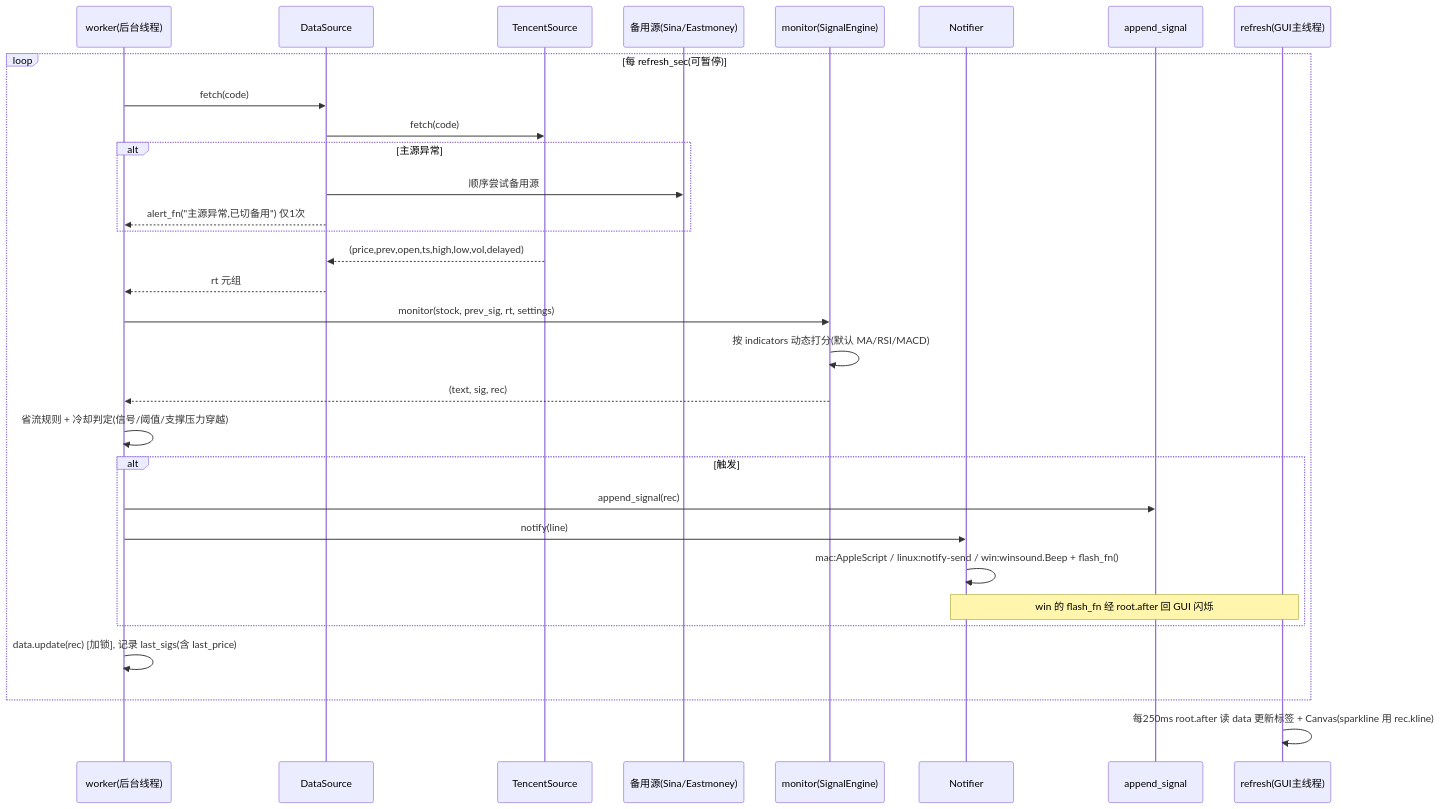
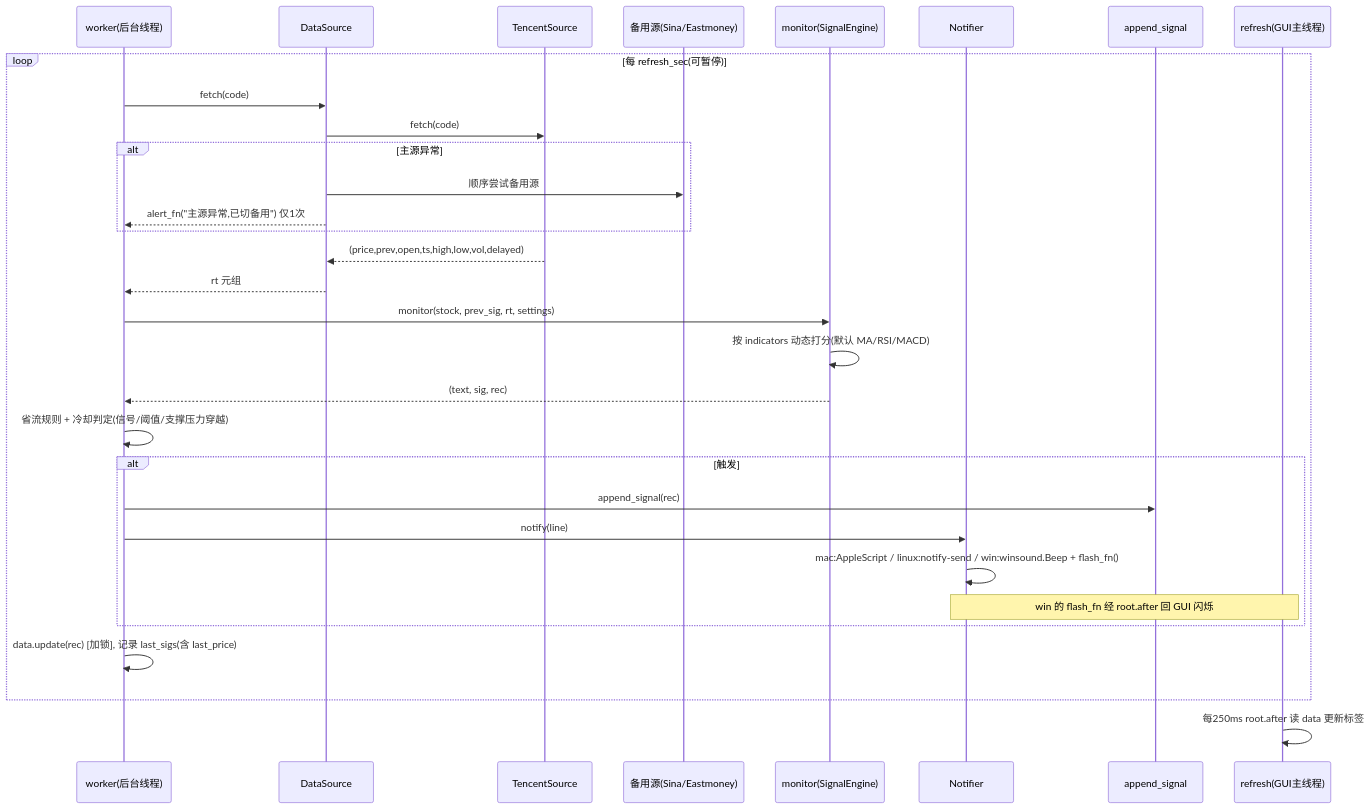
Before and after one commit to ianeiu/py-stock-monitor: the diagram in docs/system_design.md, drawn with Mermaid. The commit also changed other lines of this file and 5 other files, not shown here.

Commit message:
refactor: remove filter-on toggle and sparkline feature; keep signal-engine kline infra

````diff
--- a/docs/system_design.md
+++ b/docs/system_design.md
@@ -264,34 +263,34 @@
 ```mermaid
 sequenceDiagram
     participant W as worker(后台线程)
     participant DS as DataSource
     participant T as TencentSource
     participant B as 备用源(Sina/Eastmoney)
     participant SE as monitor(SignalEngine)
     participant N as Notifier
     participant CSV as append_signal
     participant R as refresh(GUI主线程)
 
     loop 每 refresh_sec(可暂停)
         W->>DS: fetch(code)
         DS->>T: fetch(code)
         alt 主源异常
             DS->>B: 顺序尝试备用源
             DS-->>W: alert_fn("主源异常,已切备用") 仅1次
         end
         T-->>DS: (price,prev,open,ts,high,low,vol,delayed)
         DS-->>W: rt 元组
         W->>SE: monitor(stock, prev_sig, rt, settings)
         SE->>SE: 按 indicators 动态打分(默认 MA/RSI/MACD)
         SE-->>W: (text, sig, rec)  # rec 含 kline
         W->>W: 省流规则 + 冷却判定(信号/阈值/支撑压力穿越)
         alt 触发
             W->>CSV: append_signal(rec)  # 含去重
             W->>N: notify(line)
             N->>N: mac:AppleScript / linux:notify-send / win:winsound.Beep + flash_fn()
             Note over N,R: win 的 flash_fn 经 root.after 回 GUI 闪烁
         end
         W->>W: data.update(rec) [加锁], 记录 last_sigs(含 last_price)
     end
-    R->>R: 每250ms root.after 读 data 更新标签 + Canvas(sparkline 用 rec.kline)
+    R->>R: 每250ms root.after 读 data 更新标签
 ```
````
